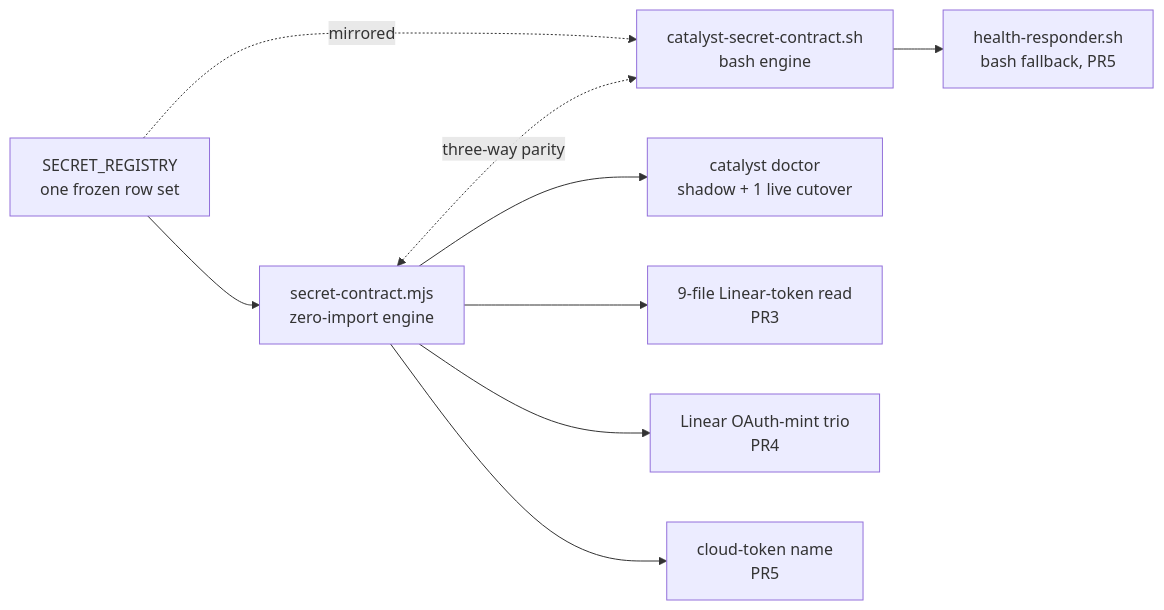
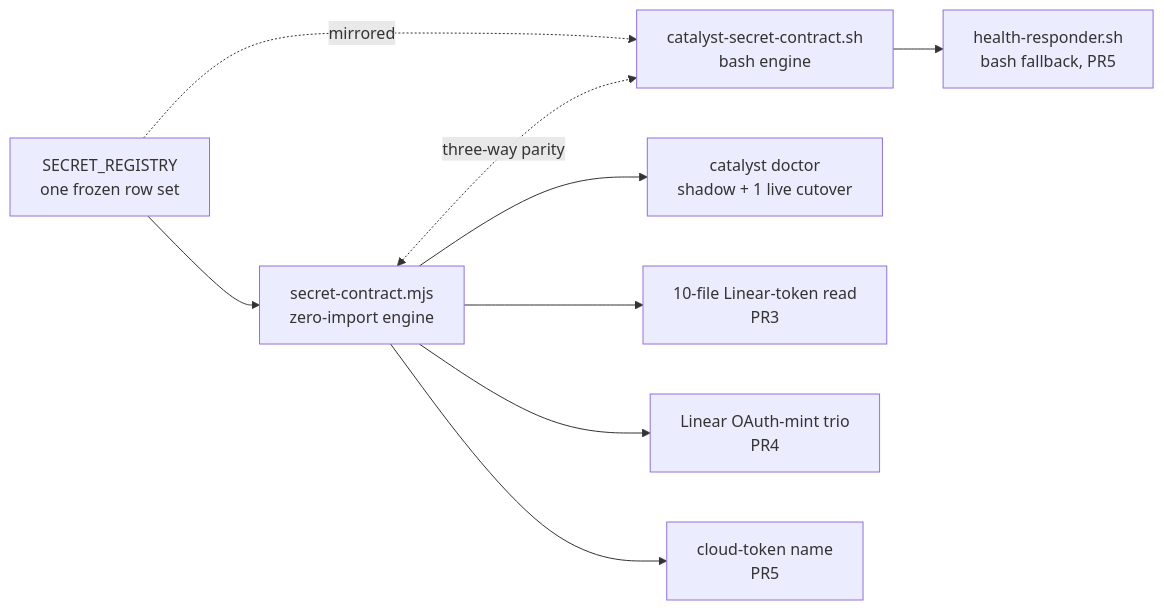
The first of 2 diagrams in docs/architecture.md (coalesce-labs/catalyst), drawn with Mermaid before and after one commit. The commit also changed other lines of this file and 1 other file, not shown here.

````diff
--- a/docs/architecture.md
+++ b/docs/architecture.md
@@ -155,11 +160,11 @@
 ```mermaid
 flowchart LR
   REG[SECRET_REGISTRY<br/>one frozen row set] --> JS[secret-contract.mjs<br/>zero-import engine]
   REG -.mirrored.-> SH[catalyst-secret-contract.sh<br/>bash engine]
   JS <-. three-way parity .-> SH
   JS --> DOCTOR[catalyst doctor<br/>shadow + 1 live cutover]
-  JS --> LINEAR[9-file Linear-token read<br/>PR3]
+  JS --> LINEAR[10-file Linear-token read<br/>PR3]
   JS --> MINT[Linear OAuth-mint trio<br/>PR4]
   JS --> CLOUD[cloud-token name<br/>PR5]
   SH --> HEALTH[health-responder.sh<br/>bash fallback, PR5]
 ```
````
